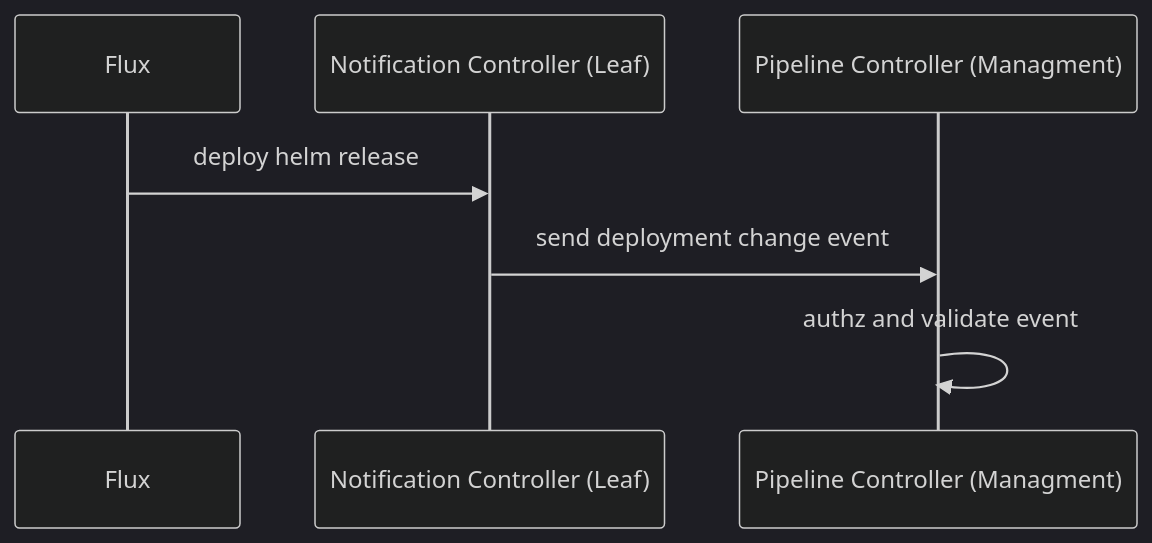
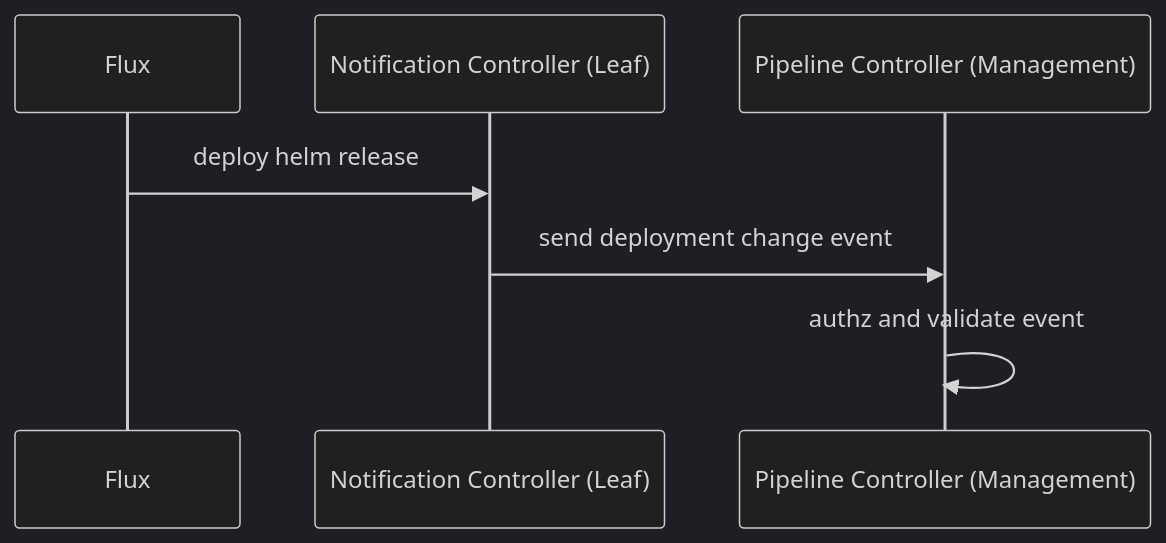
The diagram in docs/rfcs/0003-pipelines-promotion/detect-deployment-changes.md (weaveworks/weave-gitops-private), drawn with Mermaid (dark theme) before and after one commit.

````diff
--- a/docs/rfcs/0003-pipelines-promotion/detect-deployment-changes.md
+++ b/docs/rfcs/0003-pipelines-promotion/detect-deployment-changes.md
@@ -5,9 +5,9 @@
 ```mermaid
    sequenceDiagram
     participant F as Flux
     participant LC as Notification Controller (Leaf)
     F->>LC: deploy helm release
     LC->>pc: send deployment change event
-    participant pc as Pipeline Controller (Managment)
+    participant pc as Pipeline Controller (Management)
     pc->>pc: authz and validate event
 ```
````
